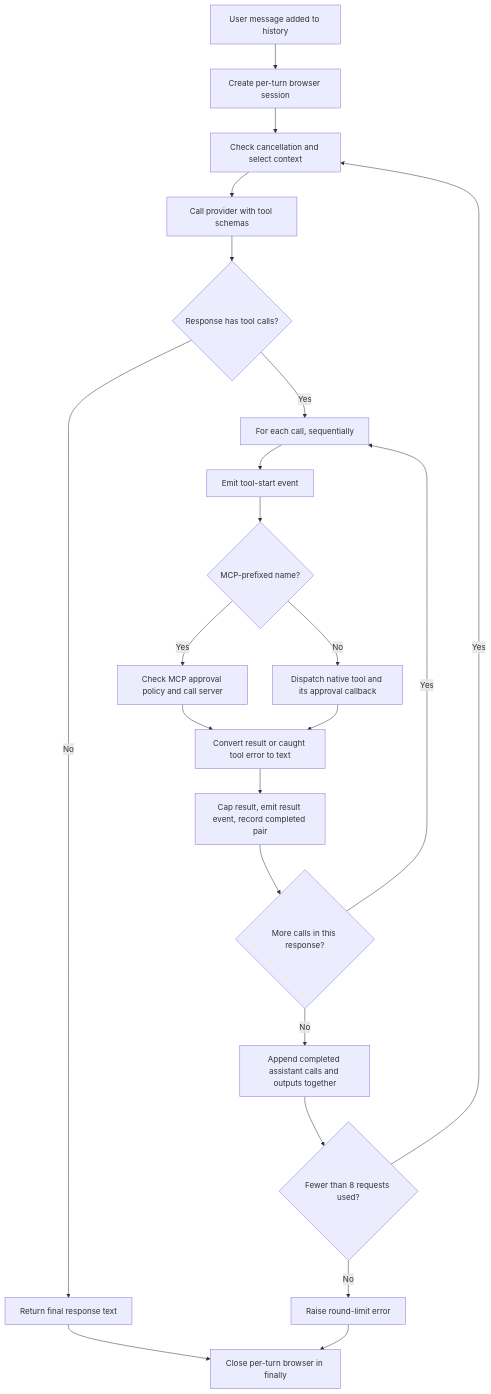
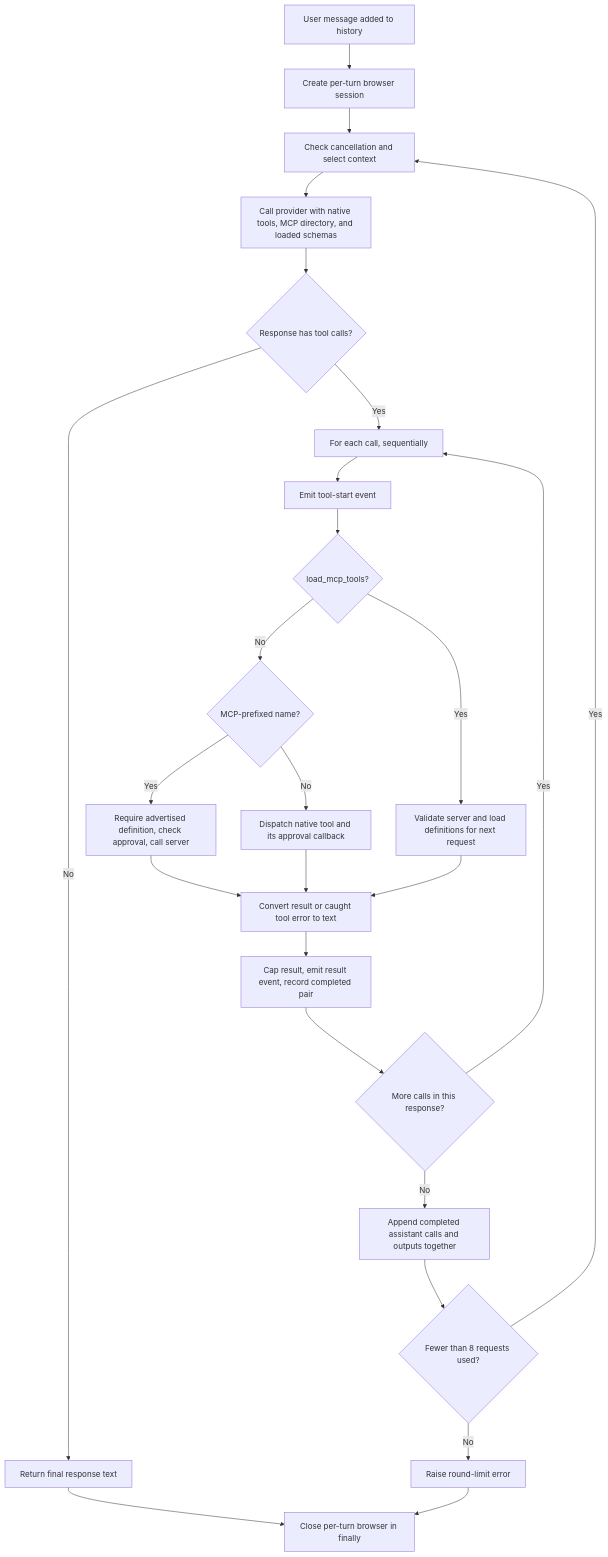
Before and after one commit to MetalCloth/mini-hermes: the first of 3 diagrams in src/docs/04-agent-loop-and-context.md, drawn with Mermaid. The commit also changed other lines of this file and 18 other files, not shown here.

Commit message:
Load MCP tools on demand and improve TUI session behavior

````diff
--- a/src/docs/04-agent-loop-and-context.md
+++ b/src/docs/04-agent-loop-and-context.md
@@ -32,24 +32,27 @@
 ```mermaid
 flowchart TD
     A["User message added to history"] --> B["Create per-turn browser session"]
     B --> C["Check cancellation and select context"]
-    C --> D["Call provider with tool schemas"]
+    C --> D["Call provider with native tools, MCP directory, and loaded schemas"]
     D --> E{"Response has tool calls?"}
     E -->|"No"| F["Return final response text"]
     E -->|"Yes"| G["For each call, sequentially"]
     G --> H["Emit tool-start event"]
-    H --> I{"MCP-prefixed name?"}
-    I -->|"Yes"| J["Check MCP approval policy and call server"]
+    H --> LOAD{"load_mcp_tools?"}
+    LOAD -->|"Yes"| DEF["Validate server and load definitions for next request"]
+    LOAD -->|"No"| I{"MCP-prefixed name?"}
+    I -->|"Yes"| J["Require advertised definition, check approval, call server"]
     I -->|"No"| K["Dispatch native tool and its approval callback"]
     J --> L["Convert result or caught tool error to text"]
     K --> L
+    DEF --> L
     L --> M["Cap result, emit result event, record completed pair"]
     M --> N{"More calls in this response?"}
     N -->|"Yes"| G
     N -->|"No"| O["Append completed assistant calls and outputs together"]
     O --> P{"Fewer than 8 requests used?"}
     P -->|"Yes"| C
     P -->|"No"| Q["Raise round-limit error"]
     F --> Z["Close per-turn browser in finally"]
     Q --> Z
 ```
````
